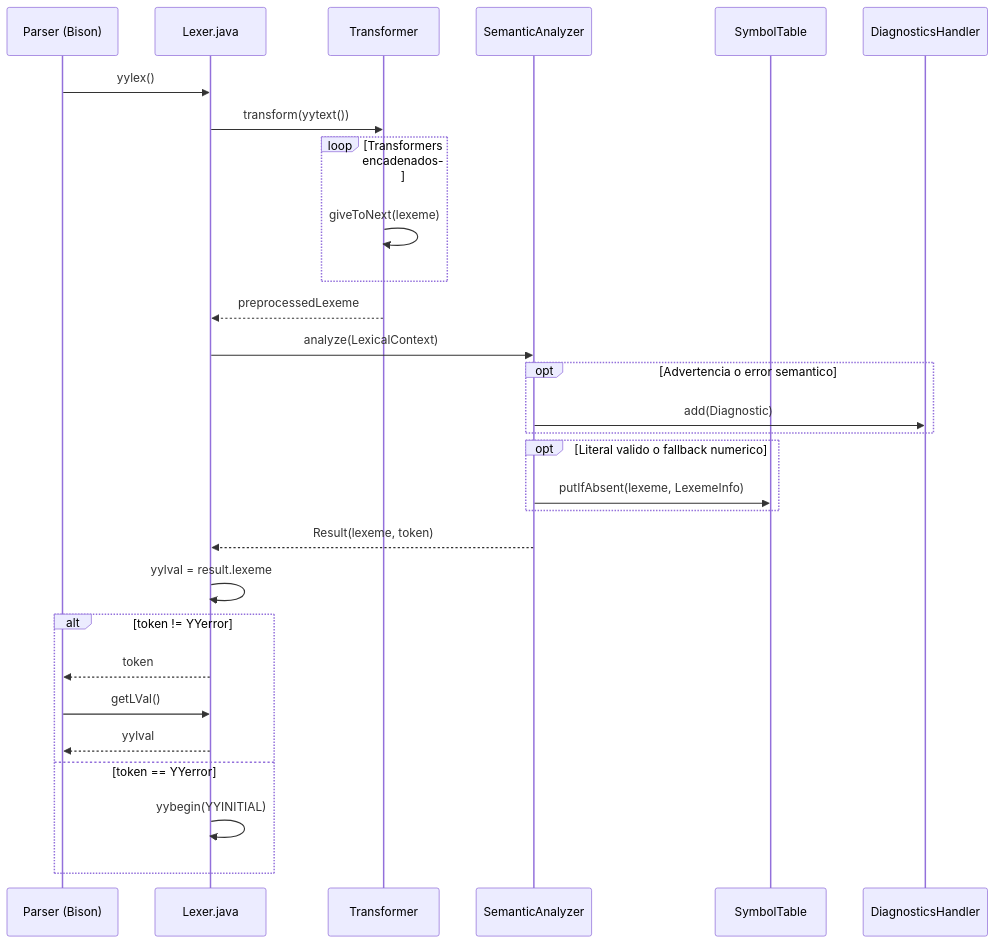
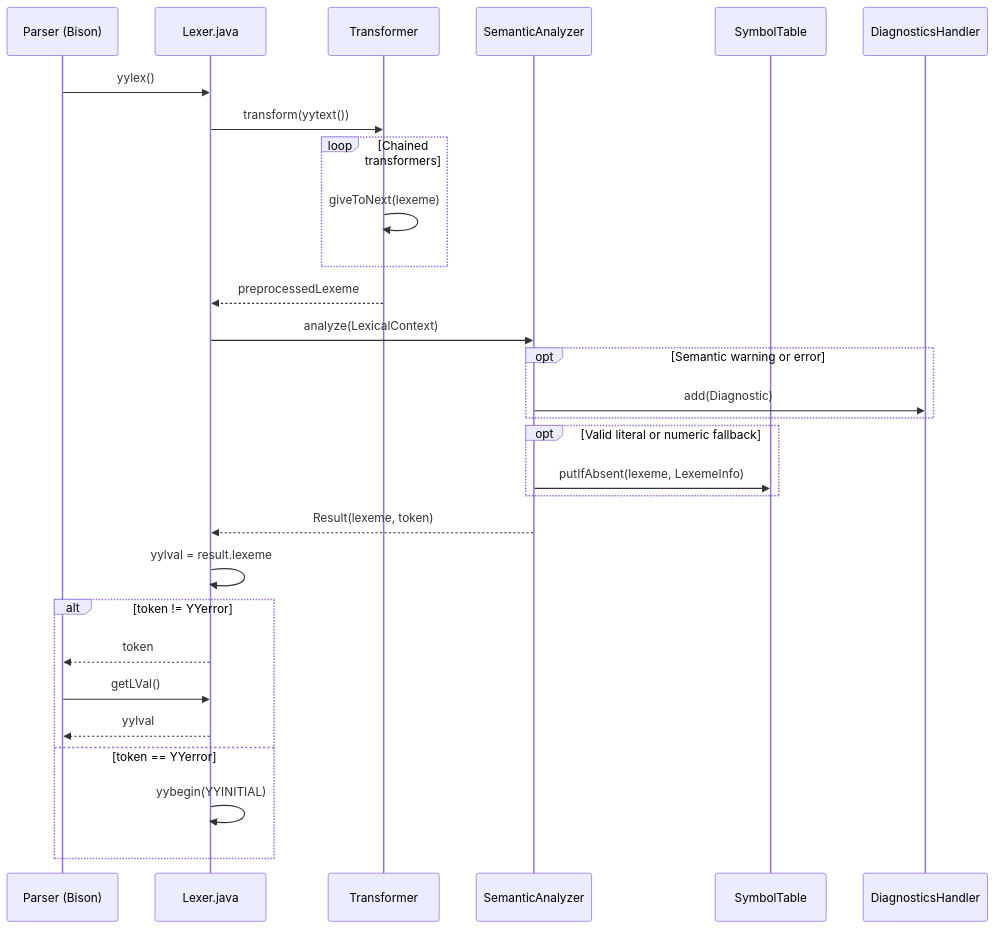
Before and after one commit to PascalUser/FLC-IEC61131-7: the diagram in doc/diagrams/lexer_parser_sequence.mmd, drawn with Mermaid. The commit also changed 191 other files, not shown here.

```diff
--- a/doc/diagrams/lexer_parser_sequence.mmd
+++ b/doc/diagrams/lexer_parser_sequence.mmd
@@ -1,29 +1,29 @@
 sequenceDiagram
     participant P as Parser (Bison)
     participant L as Lexer.java
     participant T as Transformer
     participant A as SemanticAnalyzer
     participant S as SymbolTable
     participant D as DiagnosticsHandler
     P->>L: yylex()
     L->>T: transform(yytext())
-    loop Transformers encadenados
+    loop Chained transformers
         T->>T: giveToNext(lexeme)
     end
     T-->>L: preprocessedLexeme
     L->>A: analyze(LexicalContext)
-    opt Advertencia o error semantico
+    opt Semantic warning or error
         A->>D: add(Diagnostic)
     end
-    opt Literal valido o fallback numerico
+    opt Valid literal or numeric fallback
         A->>S: putIfAbsent(lexeme, LexemeInfo)
     end
     A-->>L: Result(lexeme, token)
     L->>L: yylval = result.lexeme
     alt token != YYerror
         L-->>P: token
         P->>L: getLVal()
         L-->>P: yylval
     else token == YYerror
         L->>L: yybegin(YYINITIAL)
     end
```
